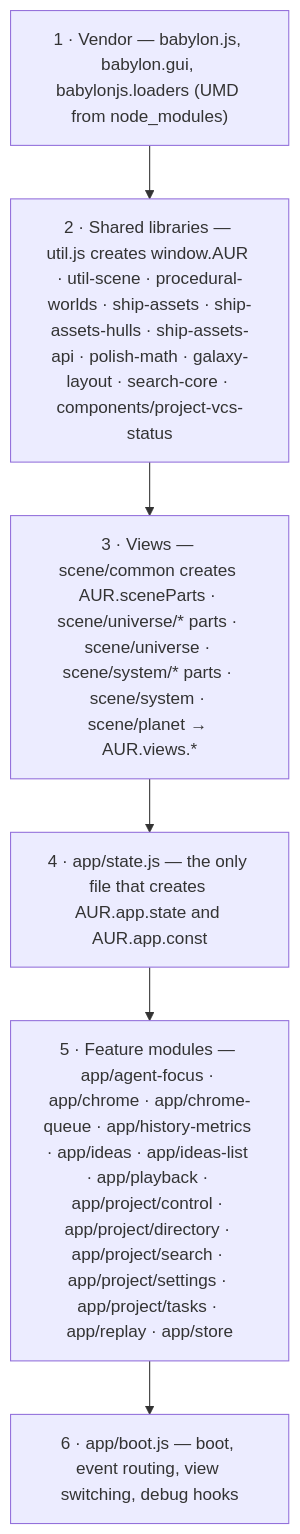
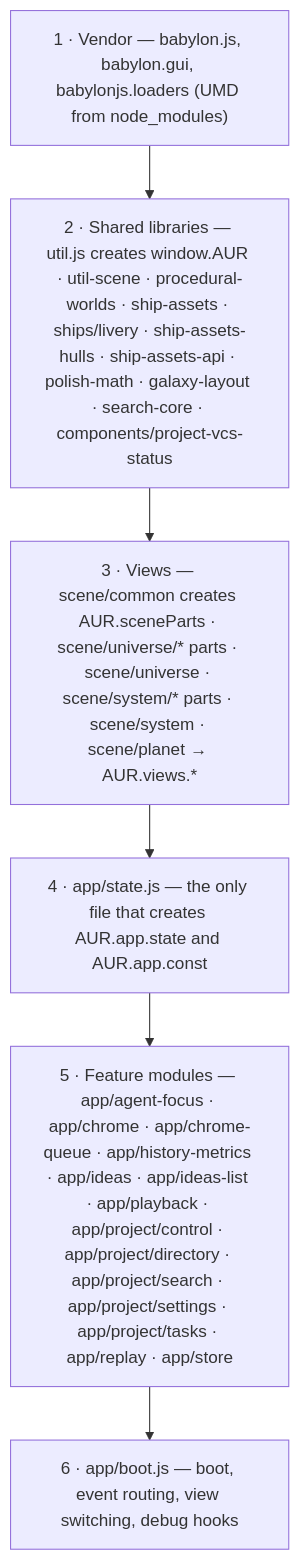
Before and after one commit to MatthewNorton/agent-orrery: the fourth of 4 diagrams in .docs/architecture.md, drawn with Mermaid. The commit also changed other lines of this file and 10 other files, not shown here.

First line of the commit message:
Move a hull's livery out of ship-assets-hulls.js into ships/livery.js

````diff
--- a/.docs/architecture.md
+++ b/.docs/architecture.md
@@ -435,10 +435,10 @@
 ```mermaid
 flowchart TB
   V["1 · Vendor — babylon.js, babylon.gui, babylonjs.loaders (UMD from node_modules)"]
-  L["2 · Shared libraries — util.js creates window.AUR · util-scene · procedural-worlds · ship-assets · ship-assets-hulls · ship-assets-api · polish-math · galaxy-layout · search-core · components/project-vcs-status"]
+  L["2 · Shared libraries — util.js creates window.AUR · util-scene · procedural-worlds · ship-assets · ships/livery · ship-assets-hulls · ship-assets-api · polish-math · galaxy-layout · search-core · components/project-vcs-status"]
   S["3 · Views — scene/common creates AUR.sceneParts · scene/universe/* parts · scene/universe · scene/system/* parts · scene/system · scene/planet → AUR.views.*"]
   ST["4 · app/state.js — the only file that creates AUR.app.state and AUR.app.const"]
   M["5 · Feature modules — app/agent-focus · app/chrome · app/chrome-queue · app/history-metrics · app/ideas · app/ideas-list · app/playback · app/project/control · app/project/directory · app/project/search · app/project/settings · app/project/tasks · app/replay · app/store"]
   A["6 · app/boot.js — boot, event routing, view switching, debug hooks"]
   V --> L --> S --> ST --> M --> A
 ```
````
